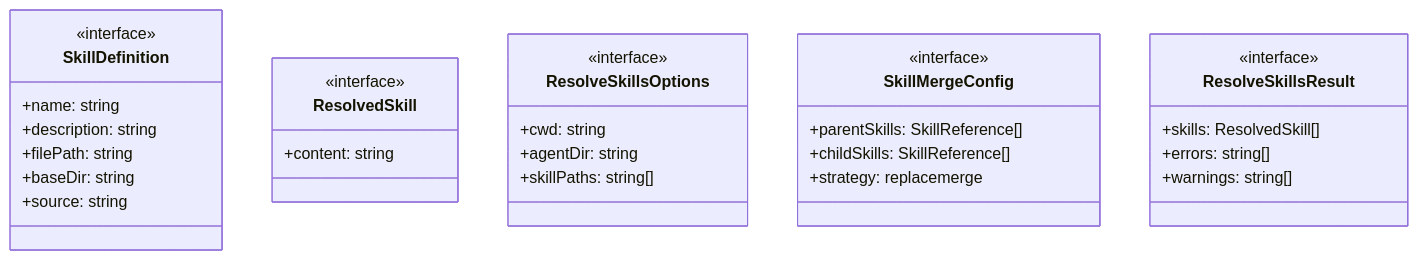
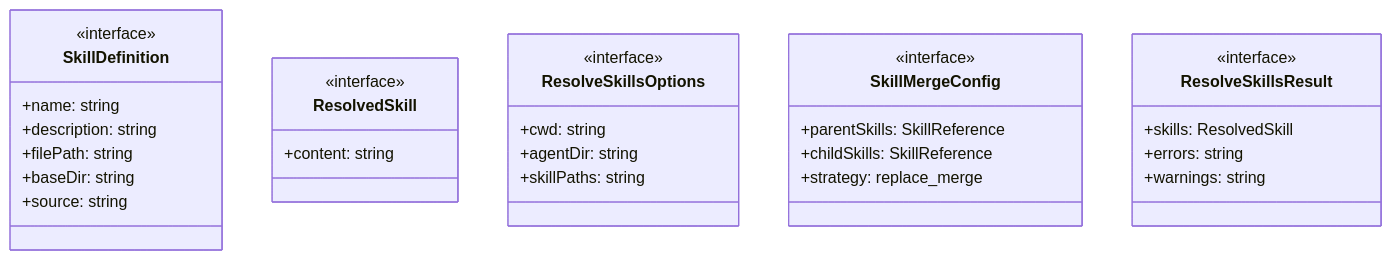
The first of 3 diagrams in ABDD/.pi/lib/skill-registry.md (Mekann2904/mekann), drawn with Mermaid before and after one commit. The commit also changed other lines of this file and 174 other files, not shown here.

First line of the commit message:
fix(docs): ABDDのMermaid図生成エラーを修正する

````diff
--- a/ABDD/.pi/lib/skill-registry.md
+++ b/ABDD/.pi/lib/skill-registry.md
@@ -46,33 +46,33 @@
 ```mermaid
 classDiagram
   class SkillDefinition {
     <<interface>>
     +name: string
     +description: string
     +filePath: string
     +baseDir: string
     +source: string
   }
   class ResolvedSkill {
     <<interface>>
     +content: string
   }
   class ResolveSkillsOptions {
     <<interface>>
     +cwd: string
     +agentDir: string
-    +skillPaths: string[]
+    +skillPaths: string
   }
   class SkillMergeConfig {
     <<interface>>
-    +parentSkills: SkillReference[]
-    +childSkills: SkillReference[]
-    +strategy: replacemerge
+    +parentSkills: SkillReference
+    +childSkills: SkillReference
+    +strategy: replace_merge
   }
   class ResolveSkillsResult {
     <<interface>>
-    +skills: ResolvedSkill[]
-    +errors: string[]
-    +warnings: string[]
+    +skills: ResolvedSkill
+    +errors: string
+    +warnings: string
   }
 ```
````
